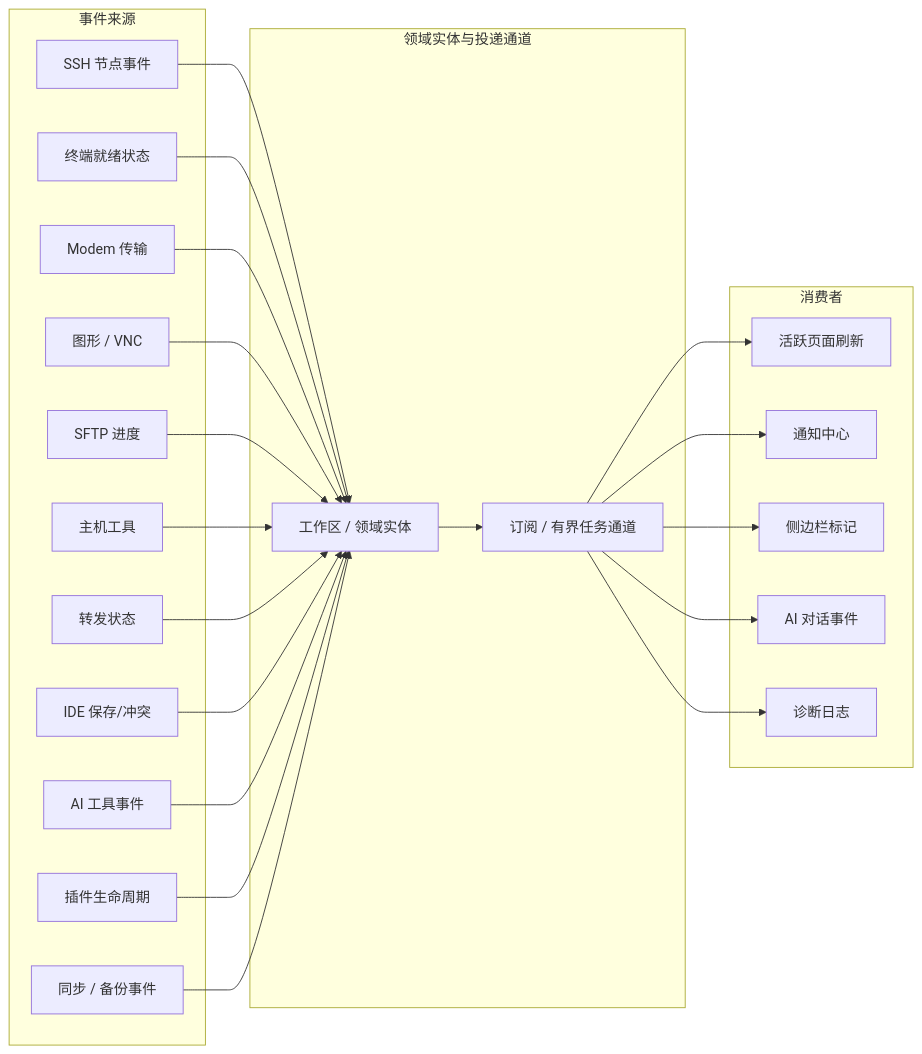
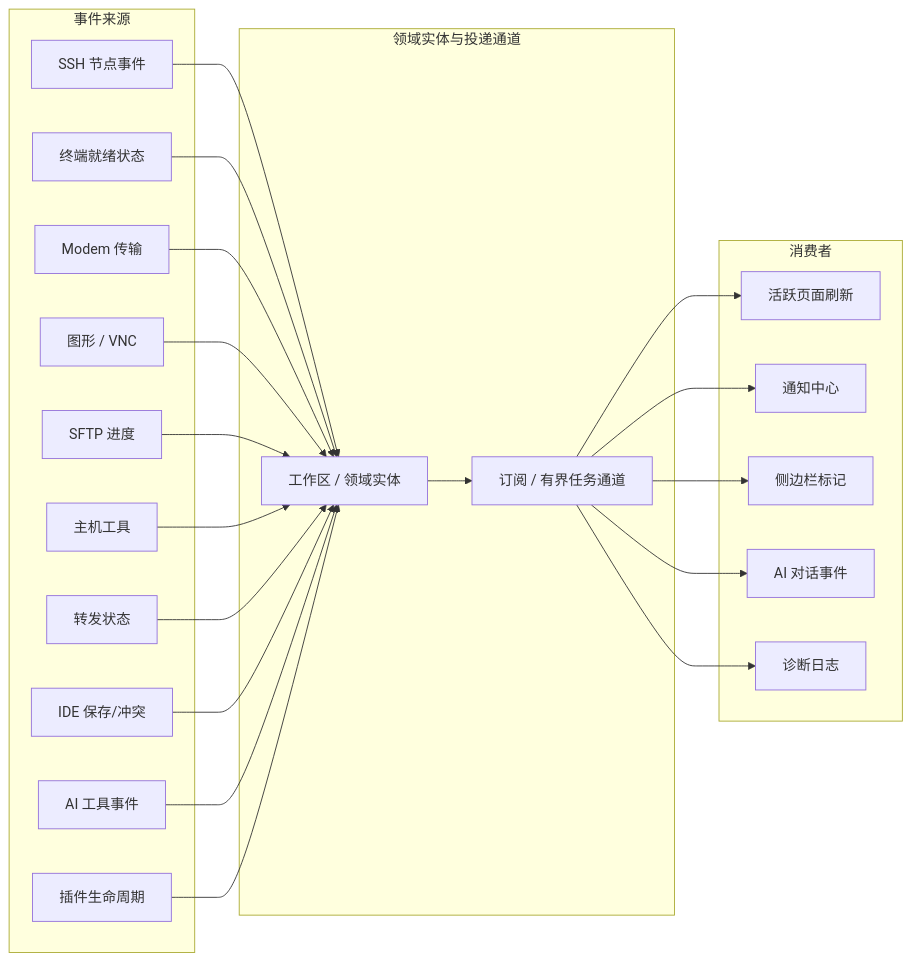
Before and after one commit to imeilige/oxideterm: diagram 14 of 14 in docs/user-guide/zh-Hans/architecture.md, drawn with Mermaid. The commit also changed other lines of this file and 171 other files, not shown here.

````diff
--- a/docs/user-guide/zh-Hans/architecture.md
+++ b/docs/user-guide/zh-Hans/architecture.md
@@ -1684,47 +1590,45 @@
 ```mermaid
 flowchart LR
     subgraph Sources["事件来源"]
         SSH["SSH 节点事件"]
         Term["终端就绪状态"]
         Modem["Modem 传输"]
         Graphics["图形 / VNC"]
         SFTP["SFTP 进度"]
         HostTools["主机工具"]
         Forward["转发状态"]
         IDE["IDE 保存/冲突"]
         AI["AI 工具事件"]
         Plugin["插件生命周期"]
-        Sync["同步 / 备份事件"]
     end
 
     subgraph EntityLayer["领域实体与投递通道"]
         RuntimeEntities["工作区 / 领域实体"]
         Delivery["订阅 / 有界任务通道"]
     end
 
     subgraph Consumers["消费者"]
         ActiveSurface["活跃页面刷新"]
         Notifications["通知中心"]
         Badges["侧边栏标记"]
         Transcript["AI 对话事件"]
         Logs["诊断日志"]
     end
 
     SSH --> RuntimeEntities
     Term --> RuntimeEntities
     Modem --> RuntimeEntities
     Graphics --> RuntimeEntities
     SFTP --> RuntimeEntities
     HostTools --> RuntimeEntities
     Forward --> RuntimeEntities
     IDE --> RuntimeEntities
     AI --> RuntimeEntities
     Plugin --> RuntimeEntities
-    Sync --> RuntimeEntities
     RuntimeEntities --> Delivery
     Delivery --> ActiveSurface
     Delivery --> Notifications
     Delivery --> Badges
     Delivery --> Transcript
     Delivery --> Logs
 ```
````
